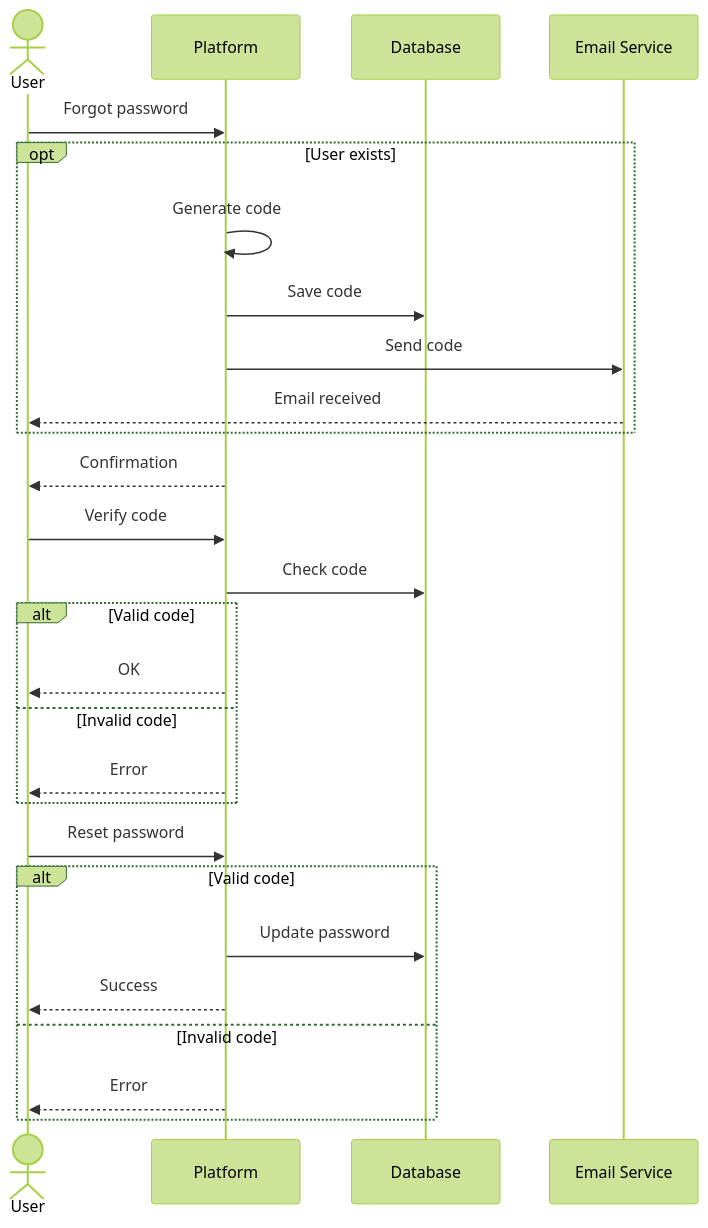
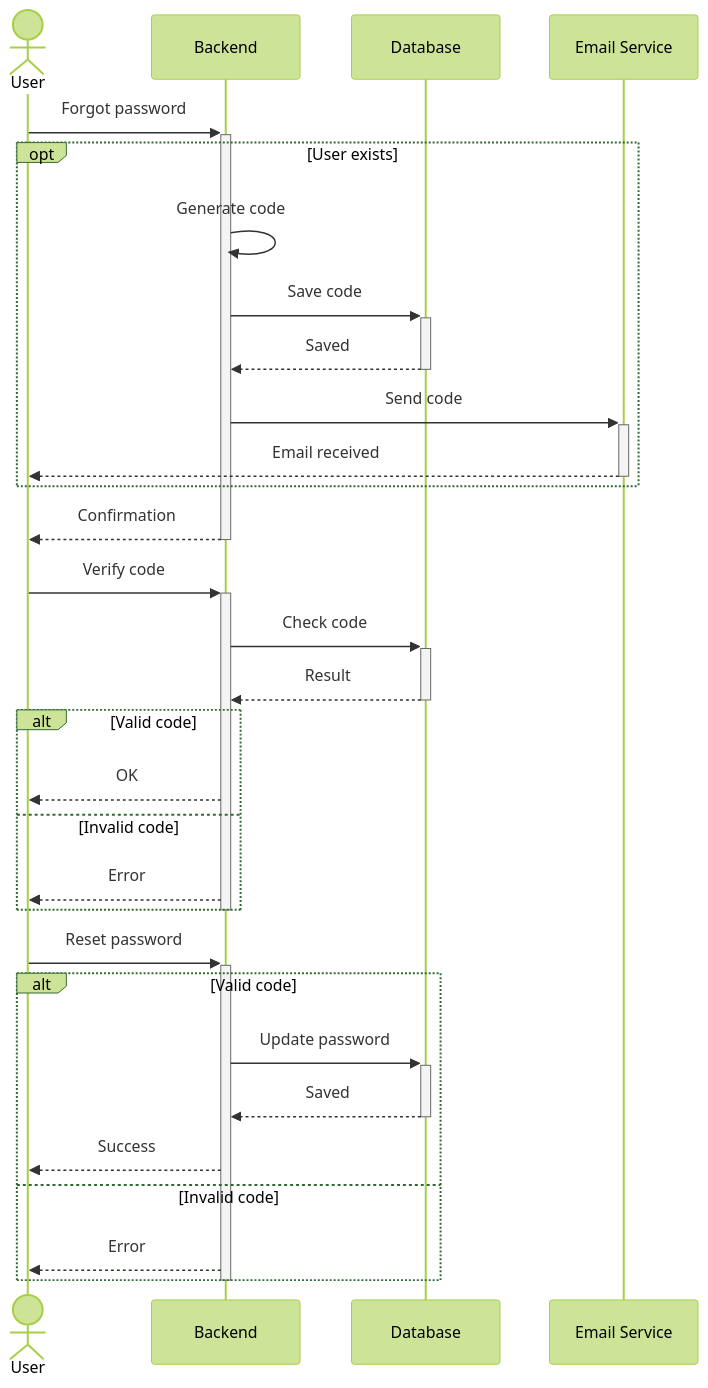
One commit to MohamedChebbi123/teamnest changed the third of 16 diagrams in docs/SEQUENCE_DIAGRAMS.md. Above: the diagram before and after it, drawn with Mermaid (forest theme). The commit also changed other lines of this file, not shown here.

````diff
--- a/docs/SEQUENCE_DIAGRAMS.md
+++ b/docs/SEQUENCE_DIAGRAMS.md
@@ -97,32 +108,37 @@
 ```mermaid
 sequenceDiagram
     actor User
-    participant API as Platform
+    participant API as Backend
     participant DB as Database
     participant Mail as Email Service
 
-    User->>API: Forgot password
+    User->>+API: Forgot password
     opt User exists
         API->>API: Generate code
-        API->>DB: Save code
-        API->>Mail: Send code
-        Mail-->>User: Email received
+        API->>+DB: Save code
+        DB-->>-API: Saved
+        API->>+Mail: Send code
+        Mail-->>-User: Email received
     end
-    API-->>User: Confirmation
+    API-->>-User: Confirmation
 
-    User->>API: Verify code
-    API->>DB: Check code
+    User->>+API: Verify code
+    API->>+DB: Check code
+    DB-->>-API: Result
     alt Valid code
         API-->>User: OK
     else Invalid code
         API-->>User: Error
     end
+    deactivate API
 
-    User->>API: Reset password
+    User->>+API: Reset password
     alt Valid code
-        API->>DB: Update password
+        API->>+DB: Update password
+        DB-->>-API: Saved
         API-->>User: Success
     else Invalid code
         API-->>User: Error
     end
+    deactivate API
 ```
````
